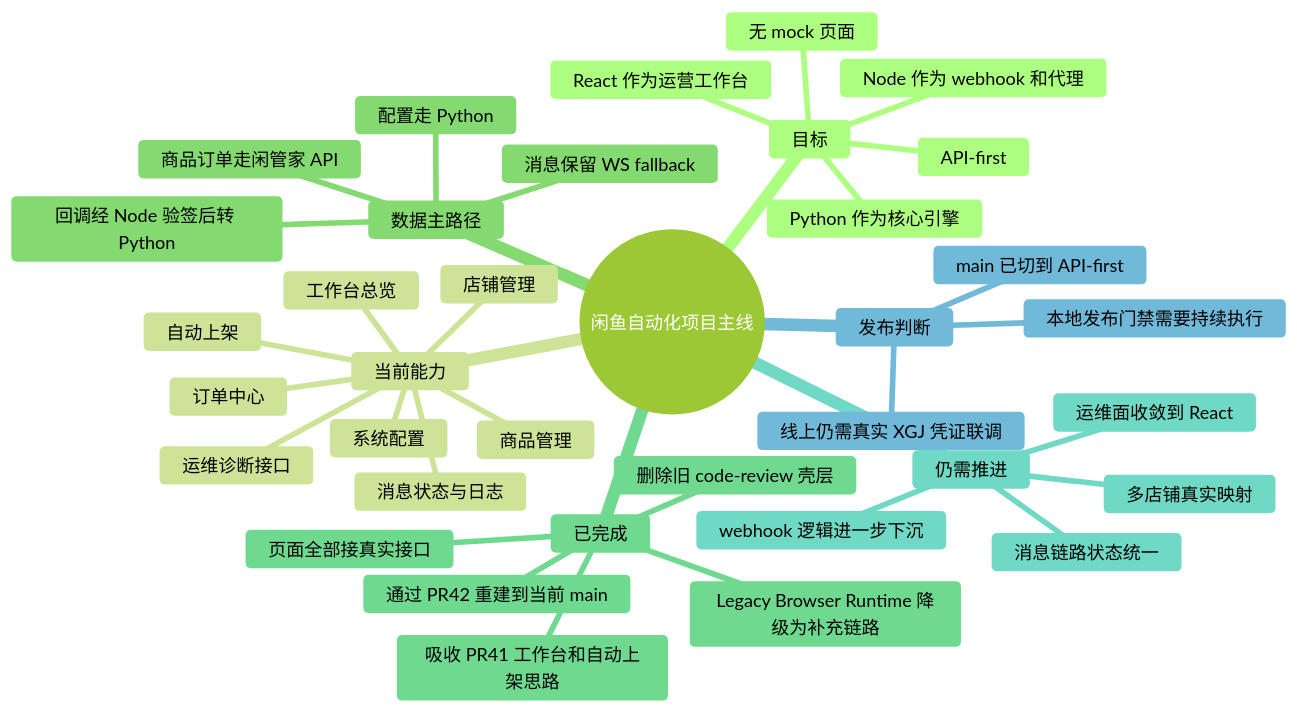
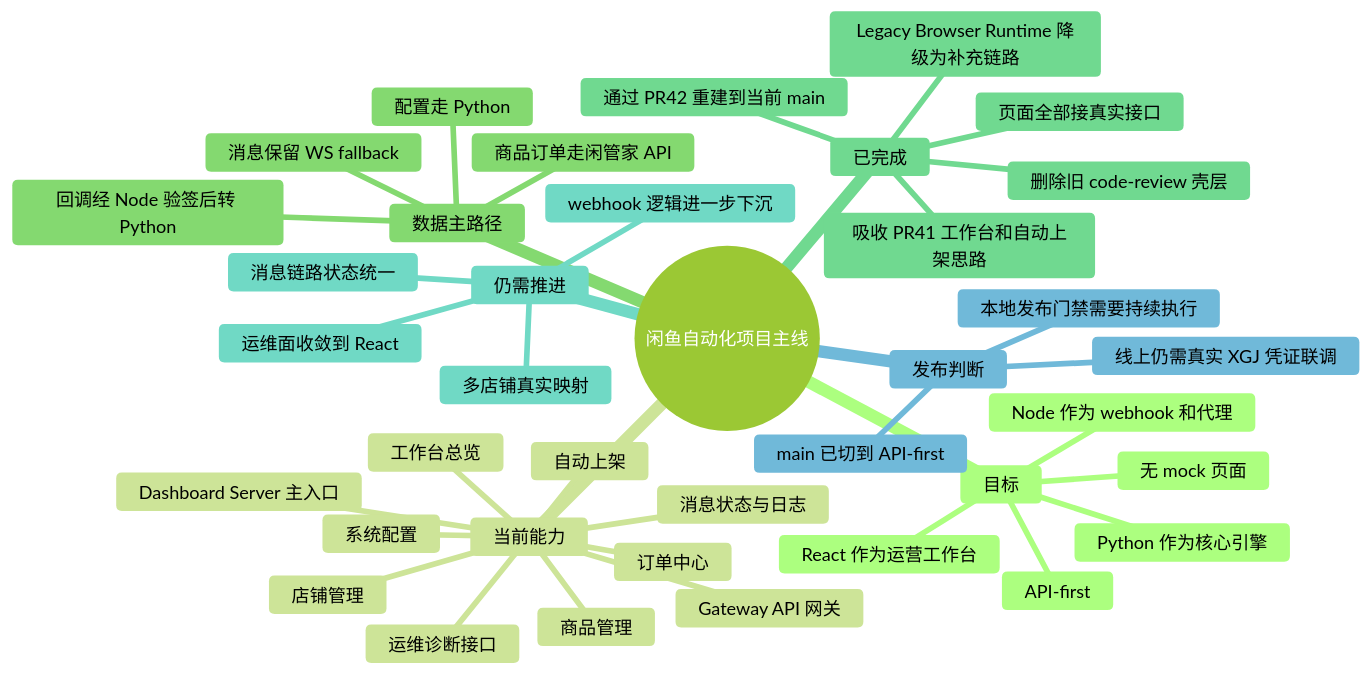
The diagram in docs/PROJECT_MINDMAP_CLEAR_V1.md (G3niusYukki/realxianyu), drawn with Mermaid (forest theme) before and after one commit. The commit also changed other lines of this file and 13 other files, not shown here.

````diff
--- a/docs/PROJECT_MINDMAP_CLEAR_V1.md
+++ b/docs/PROJECT_MINDMAP_CLEAR_V1.md
@@ -8,44 +9,46 @@
 ```mermaid
 mindmap
   root((闲鱼自动化项目主线))
     目标
       API-first
       Python 作为核心引擎
       React 作为运营工作台
       Node 作为 webhook 和代理
       无 mock 页面
 
     当前能力
       工作台总览
+      Dashboard Server 主入口
+      Gateway API 网关
       商品管理
       自动上架
       订单中心
       消息状态与日志
       店铺管理
       系统配置
       运维诊断接口
 
     数据主路径
       配置走 Python
       商品订单走闲管家 API
       消息保留 WS fallback
       回调经 Node 验签后转 Python
 
     已完成
       吸收 PR41 工作台和自动上架思路
       通过 PR42 重建到当前 main
       删除旧 code-review 壳层
       页面全部接真实接口
       Legacy Browser Runtime 降级为补充链路
 
     仍需推进
       多店铺真实映射
       消息链路状态统一
       运维面收敛到 React
       webhook 逻辑进一步下沉
 
     发布判断
       main 已切到 API-first
       本地发布门禁需要持续执行
       线上仍需真实 XGJ 凭证联调
 ```
````
